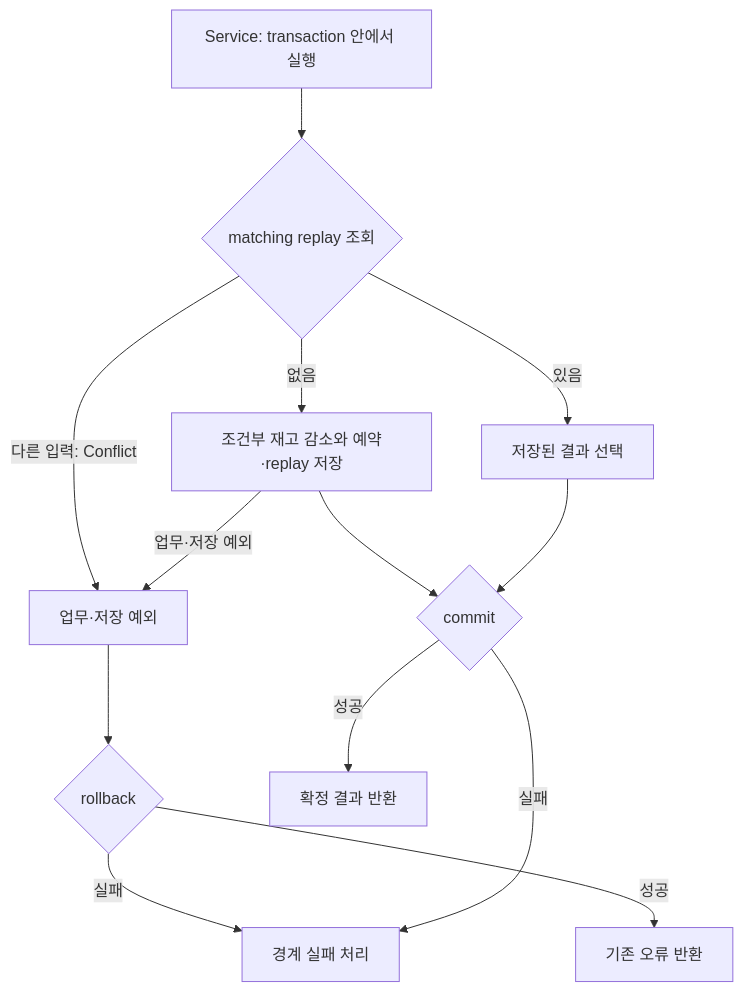
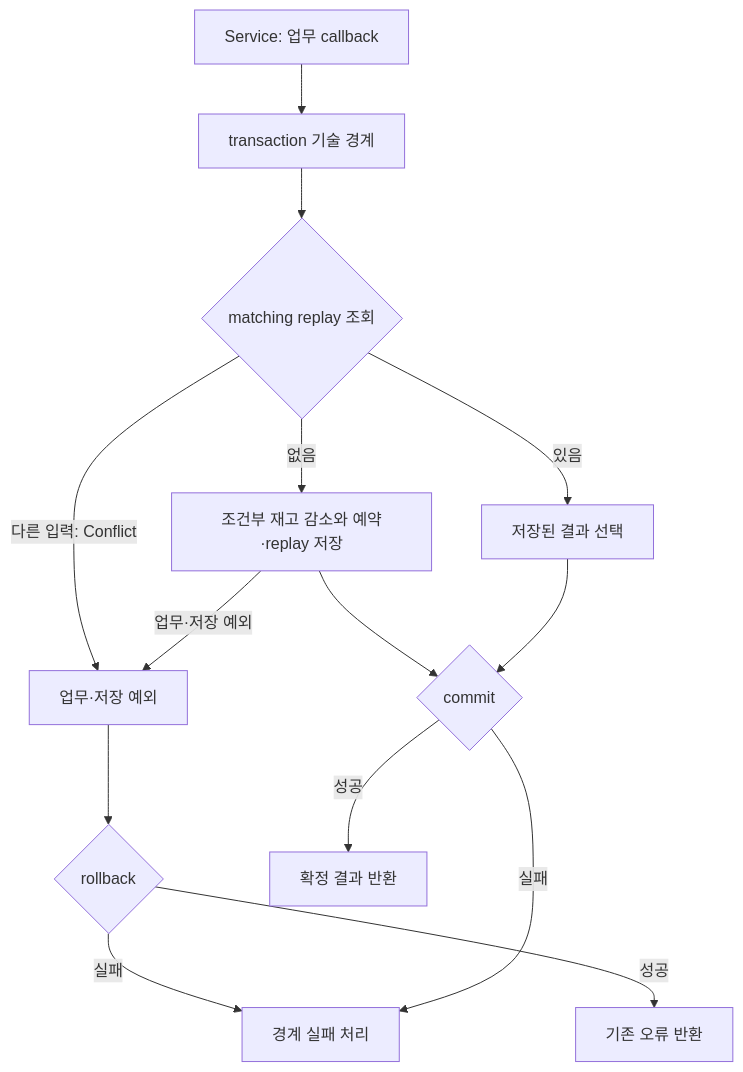
Before and after one commit to Dae-Jeong/BackendTemplate: the diagram in design/implementations/responsibility-cleanup.md, drawn with Mermaid. The commit also changed other lines of this file and 12 other files, not shown here.

Commit message:
refactor(nestjs): isolate primary transaction execution from reservation service

````diff
--- a/design/implementations/responsibility-cleanup.md
+++ b/design/implementations/responsibility-cleanup.md
@@ -19,15 +20,16 @@
 ```mermaid
 flowchart TD
-  S[Service: transaction 안에서 실행] --> R{matching replay 조회}
+  S[Service: 업무 callback] --> T[transaction 기술 경계]
+  T --> R{matching replay 조회}
   R -->|없음| W[조건부 재고 감소와 예약·replay 저장]
   R -->|있음| V[저장된 결과 선택]
   R -->|다른 입력: Conflict| E[업무·저장 예외]
   W --> C{commit}
   V --> C
   W -->|업무·저장 예외| E
   E --> B{rollback}
   B -->|성공| X[기존 오류 반환]
   B -->|실패| F[경계 실패 처리]
   C -->|실패| F
   C -->|성공| OK[확정 결과 반환]
 ```
````
